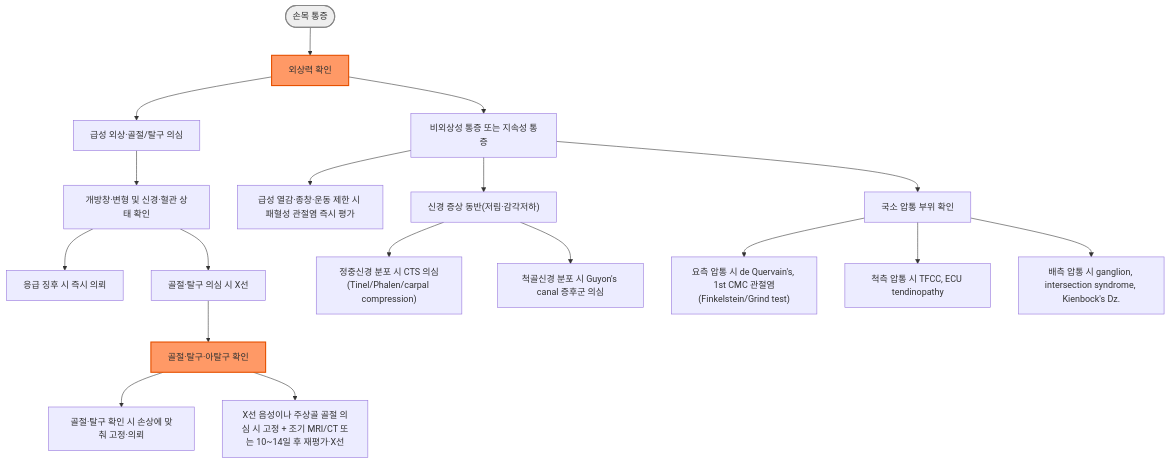
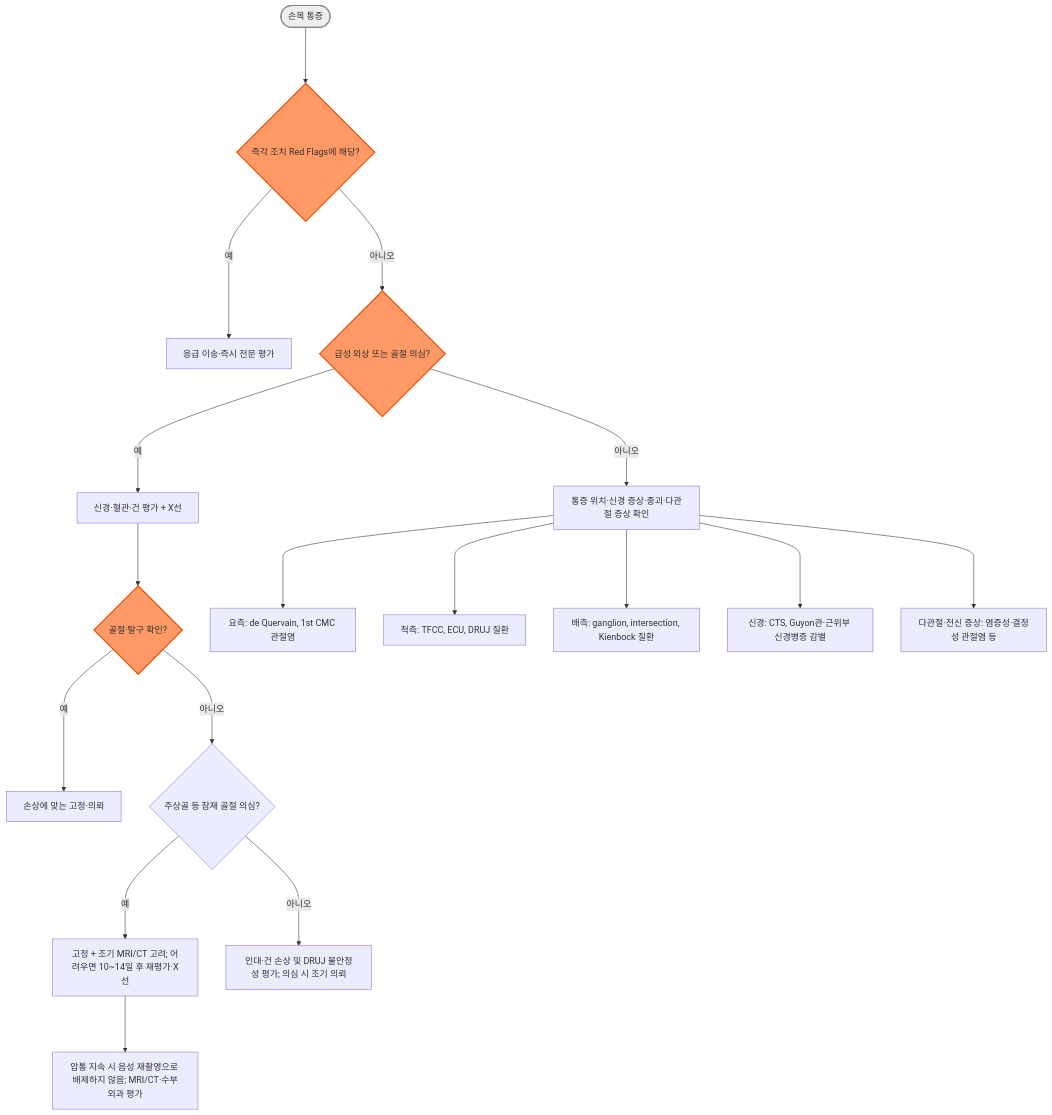
One commit to familyoh77/familyoh77 changed the diagram in 228_/141_-wrist-pain.md. Above: the diagram before and after it, drawn with Mermaid. The commit also changed other lines of this file and 8 other files, not shown here.

````diff
--- a/228_/141_-wrist-pain.md
+++ b/228_/141_-wrist-pain.md
@@ -186,24 +194,23 @@
 ```mermaid
 graph TD
-    Start(["손목 통증"]) --> Trauma["외상력 확인"]
-    Trauma --> Acute["급성 외상·골절/탈구 의심"]
-    Trauma --> Chronic["비외상성 통증 또는 지속성 통증"]
-    Acute --> NV["개방창·변형 및 신경·혈관 상태 확인"]
-    NV --> Emerg["응급 징후 시 즉시 의뢰"]
-    NV --> XR["골절·탈구 의심 시 X선"]
-    XR --> FxCheck["골절·탈구·아탈구 확인"]
-    FxCheck --> Refer1["골절·탈구 확인 시 손상에 맞춰 고정·의뢰"]
-    FxCheck --> Snuffbox["X선 음성이나 주상골 골절 의심 시 고정 + 조기 MRI/CT 또는 10~14일 후 재평가·X선"]
-    Chronic --> Hot["급성 열감·종창·운동 제한 시 패혈성 관절염 즉시 평가"]
-    Chronic --> Neuro["신경 증상 동반(저림·감각저하)"]
-    Chronic --> Local["국소 압통 부위 확인"]
-    Neuro --> CTS["정중신경 분포 시 CTS 의심(Tinel/Phalen/carpal compression)"]
-    Neuro --> Ulnar["척골신경 분포 시 Guyon's canal 증후군 의심"]
-    Local --> Radial["요측 압통 시 de Quervain's, 1st CMC 관절염(Finkelstein/Grind test)"]
-    Local --> UlnarSide["척측 압통 시 TFCC, ECU tendinopathy"]
-    Local --> Dorsal["배측 압통 시 ganglion, intersection syndrome, Kienbock's Dz."]
+    Start(["손목 통증"]) ---> RF{"즉각 조치 Red Flags에 해당?"}
+    RF --->|예| ER["응급 이송·즉시 전문 평가"]
+    RF --->|아니오| Trauma{"급성 외상 또는 골절 의심?"}
+    Trauma --->|예| XR["신경·혈관·건 평가 + X선"]
+    XR ---> Result{"골절·탈구 확인?"}
+    Result --->|예| Fix["손상에 맞는 고정·의뢰"]
+    Result --->|아니오| Susp{"주상골 등 잠재 골절 의심?"}
+    Susp --->|예| Occult["고정 + 조기 MRI/CT 고려; 어려우면 10~14일 후 재평가·X선"]
+    Occult ---> Persist["압통 지속 시 음성 재촬영으로 배제하지 않음; MRI/CT·수부외과 평가"]
+    Susp --->|아니오| Soft["인대·건 손상 및 DRUJ 불안정성 평가; 의심 시 조기 의뢰"]
+    Trauma --->|아니오| Local["통증 위치·신경 증상·종괴·다관절 증상 확인"]
+    Local ---> Radial["요측: de Quervain, 1st CMC 관절염"]
+    Local ---> Ulnar["척측: TFCC, ECU, DRUJ 질환"]
+    Local ---> Dorsal["배측: ganglion, intersection, Kienbock 질환"]
+    Local ---> Neuro["신경: CTS, Guyon관·근위부 신경병증 감별"]
+    Local ---> Systemic["다관절·전신 증상: 염증성·결정성 관절염 등"]
     classDef startNode fill:#eeeeee,stroke:#888888,stroke-width:2px
     classDef mainNode fill:#f96,stroke:#e65100,stroke-width:2px
     class Start startNode
-    class Trauma,FxCheck mainNode
+    class RF,Trauma,Result mainNode
 ```
````
